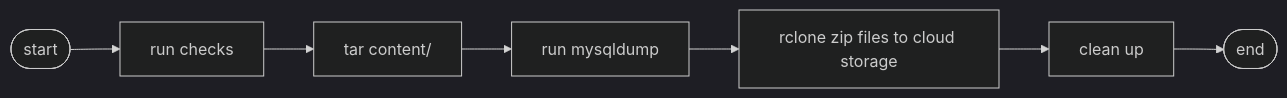
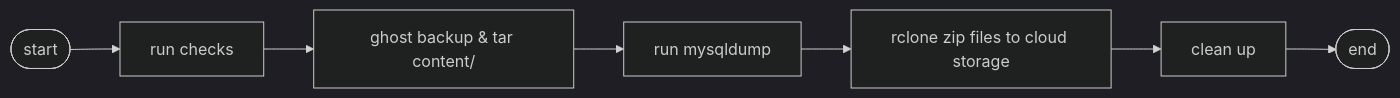
The diagram in README.md (ngshiheng/wraith), drawn with Mermaid (dark theme) before and after one commit. The commit also changed other lines of this file and 1 other file, not shown here.

````diff
--- a/README.md
+++ b/README.md
@@ -47,4 +42,4 @@
 ```mermaid
 graph LR
-  1(["start"]) --> 2["run checks"] --> 3["tar content/"] --> 4["run mysqldump"] --> 5["rclone zip files to cloud storage"] --> 6["clean up"] --> 7(["end"])
+  1(["start"]) --> 2["run checks"] --> 3["ghost backup & tar content/"] --> 4["run mysqldump"] --> 5["rclone zip files to cloud storage"] --> 6["clean up"] --> 7(["end"])
 ```
````
